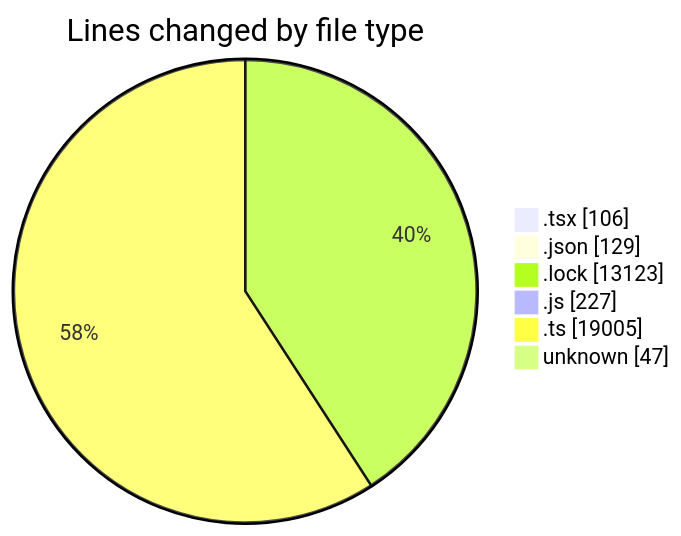
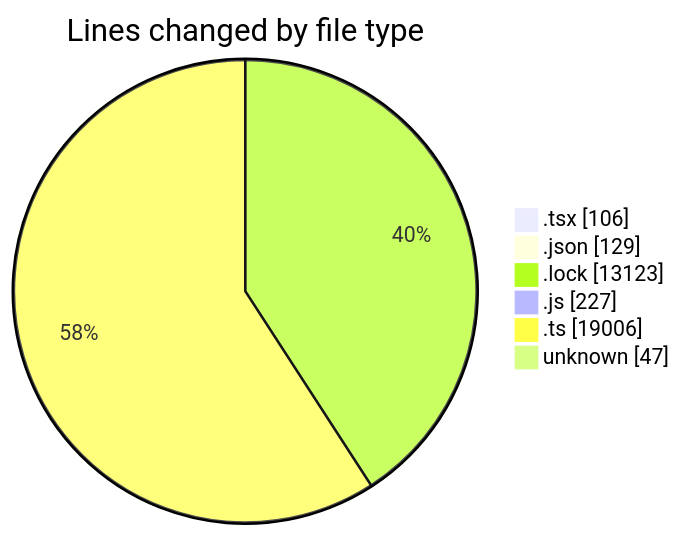
Before and after one commit to momahboobian/code-tracking: the first of 2 diagrams in 2025-09-03/cda/README.md, drawn with Mermaid. The commit also changed other lines of this file and 1 other file, not shown here.

````diff
--- a/2025-09-03/cda/README.md
+++ b/2025-09-03/cda/README.md
@@ -38,10 +38,10 @@
 ```mermaid
 pie showData
 title Lines changed by file type
 ".tsx" : 106
 ".json" : 129
 ".lock" : 13123
 ".js" : 227
-".ts" : 19005
+".ts" : 19006
 "unknown" : 47
 ```
````
